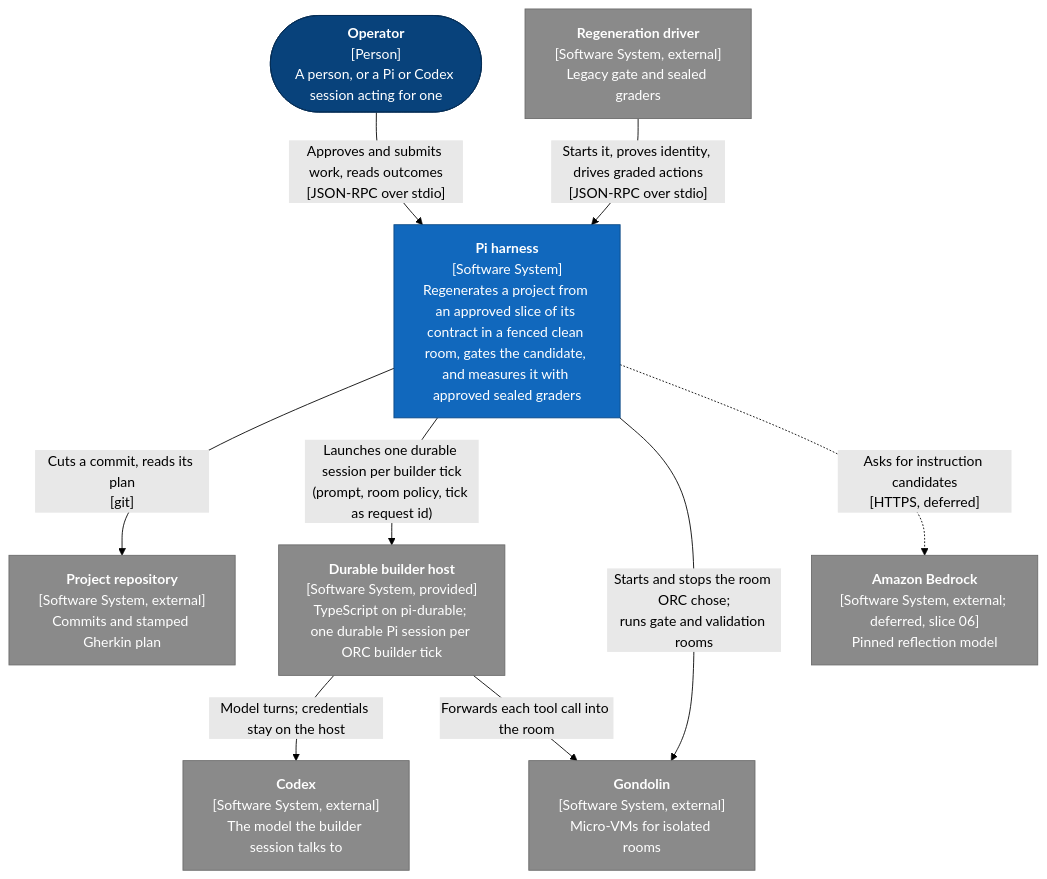
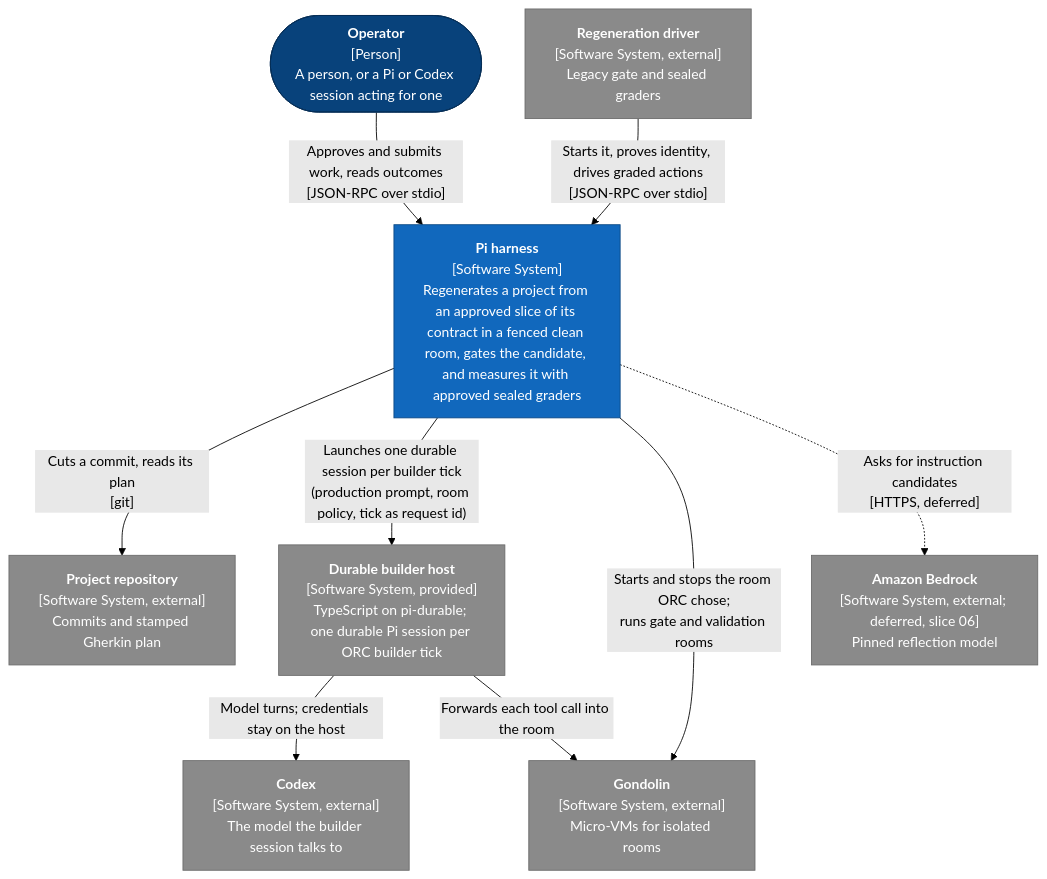
One commit to scope-impact/loyly changed the first of 3 diagrams in .pi/architecture.md. Above: the diagram before and after it, drawn with Mermaid (forest theme). The commit also changed other lines of this file and 16 other files, not shown here.

````diff
--- a/.pi/architecture.md
+++ b/.pi/architecture.md
@@ -18,31 +18,31 @@
 ```mermaid
 
 flowchart TB
   operator(["<b>Operator</b><br/>[Person]<br/>A person, or a Pi or Codex session acting for one"])
   driver["<b>Regeneration driver</b><br/>[Software System, external]<br/>Legacy gate and sealed graders"]
   harness["<b>Pi harness</b><br/>[Software System]<br/>Regenerates a project from an approved slice of its contract in a fenced clean room, gates the candidate, and measures it with approved sealed graders"]
   repo["<b>Project repository</b><br/>[Software System, external]<br/>Commits and stamped Gherkin plan"]
   host["<b>Durable builder host</b><br/>[Software System, provided]<br/>TypeScript on pi-durable; one durable Pi session per ORC builder tick"]
   pi["<b>Codex</b><br/>[Software System, external]<br/>The model the builder session talks to"]
   gondolin["<b>Gondolin</b><br/>[Software System, external]<br/>Micro-VMs for isolated rooms"]
   bedrock["<b>Amazon Bedrock</b><br/>[Software System, external; deferred, slice 06]<br/>Pinned reflection model"]
 
   operator -- "Approves and submits work, reads outcomes<br/>[JSON-RPC over stdio]" --> harness
   driver -- "Starts it, proves identity, drives graded actions<br/>[JSON-RPC over stdio]" --> harness
   harness -- "Cuts a commit, reads its plan<br/>[git]" --> repo
-  harness -- "Launches one durable session per builder tick<br/>(prompt, room policy, tick as request id)" --> host
+  harness -- "Launches one durable session per builder tick<br/>(production prompt, room policy, tick as request id)" --> host
   harness -- "Starts and stops the room ORC chose;<br/>runs gate and validation rooms" --> gondolin
   host -- "Model turns; credentials stay on the host" --> pi
   host -- "Forwards each tool call into the room" --> gondolin
   harness -. "Asks for instruction candidates<br/>[HTTPS, deferred]" .-> bedrock
 
   class operator person
   class harness system
   class driver,repo,host,pi,gondolin,bedrock external
   classDef person fill:#08427b,stroke:#052e56,color:#fff
   classDef system fill:#1168bd,stroke:#0b4884,color:#fff
   classDef external fill:#8a8a8a,stroke:#6b6b6b,color:#fff
   classDef container fill:#438dd5,stroke:#2e6295,color:#fff
   classDef component fill:#85bbf0,stroke:#5d82a8,color:#000
   classDef boundary fill:none,stroke:#444,stroke-dasharray:6 4,color:#444
 ```
````
